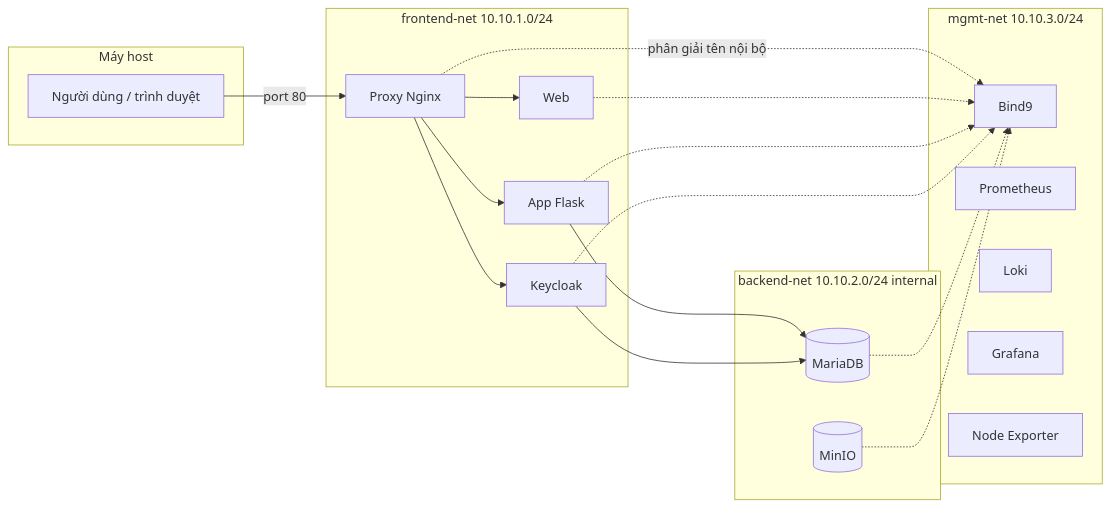
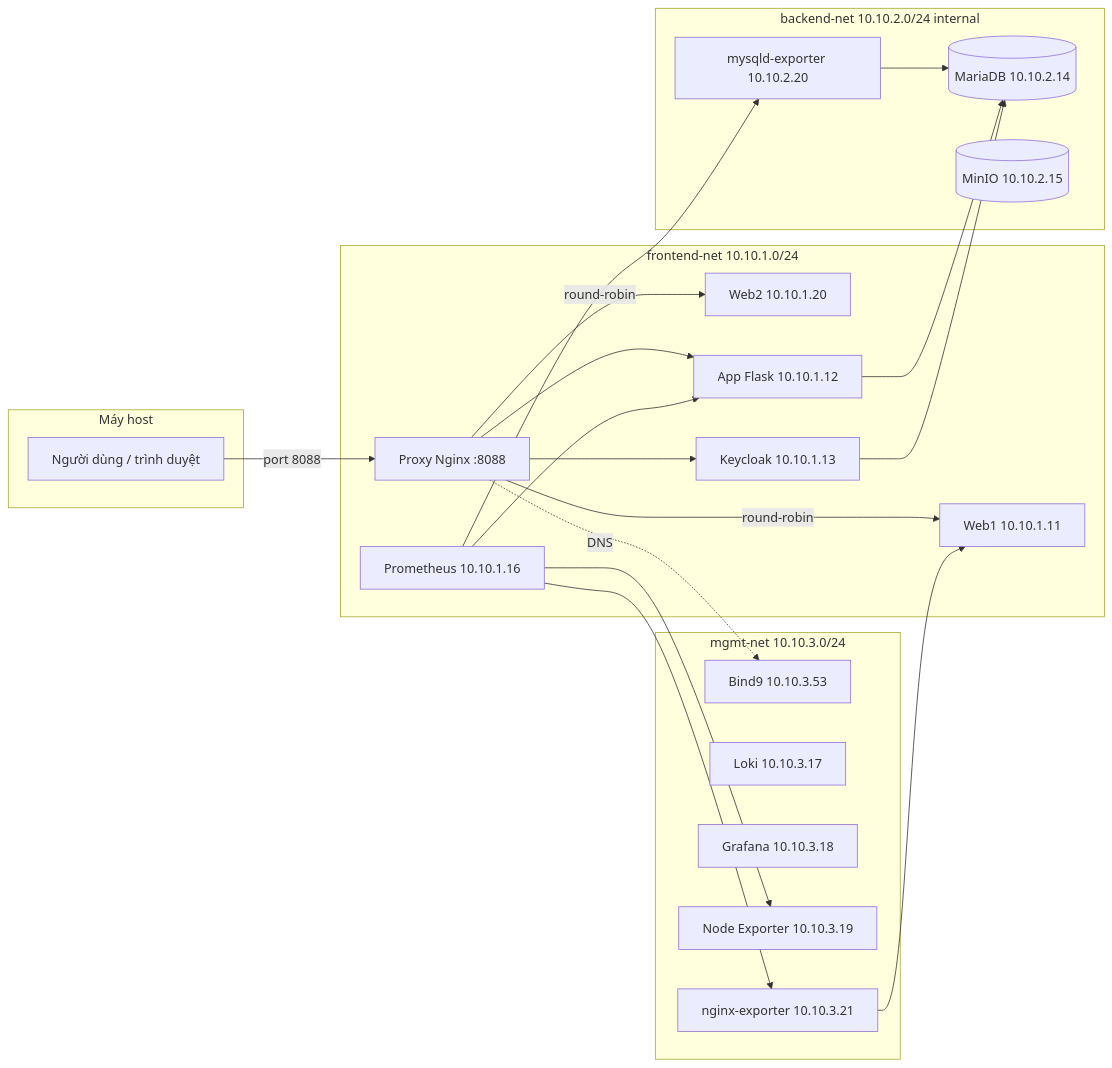
The diagram in MiniCloud/README.md (PoeenCy/Cloud-Computing), drawn with Mermaid before and after one commit. The commit also changed other lines of this file, not shown here.

````diff
--- a/MiniCloud/README.md
+++ b/MiniCloud/README.md
@@ -30,35 +32,40 @@
 ```mermaid
 flowchart LR
   subgraph host["Máy host"]
     U[Người dùng / trình duyệt]
   end
   subgraph fe["frontend-net 10.10.1.0/24"]
-    P[Proxy Nginx]
-    W[Web]
-    A[App Flask]
-    K[Keycloak]
+    P[Proxy Nginx :8088]
+    W1[Web1 10.10.1.11]
+    W2[Web2 10.10.1.20]
+    A[App Flask 10.10.1.12]
+    K[Keycloak 10.10.1.13]
+    PR[Prometheus 10.10.1.16]
   end
   subgraph be["backend-net 10.10.2.0/24 internal"]
-    D[(MariaDB)]
-    S[(MinIO)]
+    D[(MariaDB 10.10.2.14)]
+    S[(MinIO 10.10.2.15)]
+    ME[mysqld-exporter 10.10.2.20]
   end
   subgraph mgmt["mgmt-net 10.10.3.0/24"]
-    DNS[Bind9]
-    PR[Prometheus]
-    LO[Loki]
-    GF[Grafana]
-    NE[Node Exporter]
+    DNS[Bind9 10.10.3.53]
+    LO[Loki 10.10.3.17]
+    GF[Grafana 10.10.3.18]
+    NE[Node Exporter 10.10.3.19]
+    WE[nginx-exporter 10.10.3.21]
   end
-  U -->|port 80| P
-  P --> W
+  U -->|port 8088| P
+  P -->|round-robin| W1
+  P -->|round-robin| W2
   P --> A
   P --> K
   A --> D
   K --> D
-  P -.->|phân giải tên nội bộ| DNS
-  W -.-> DNS
-  A -.-> DNS
-  K -.-> DNS
-  D -.-> DNS
-  S -.-> DNS
+  PR --> A
+  PR --> ME
+  PR --> WE
+  PR --> NE
+  ME --> D
+  WE --> W1
+  P -.->|DNS| DNS
 ```
````
